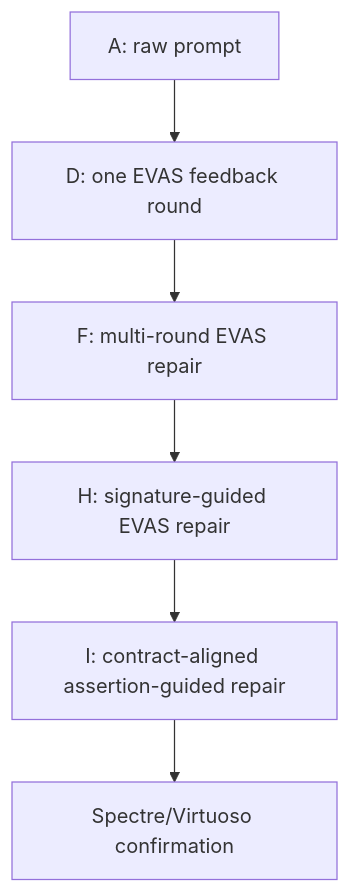
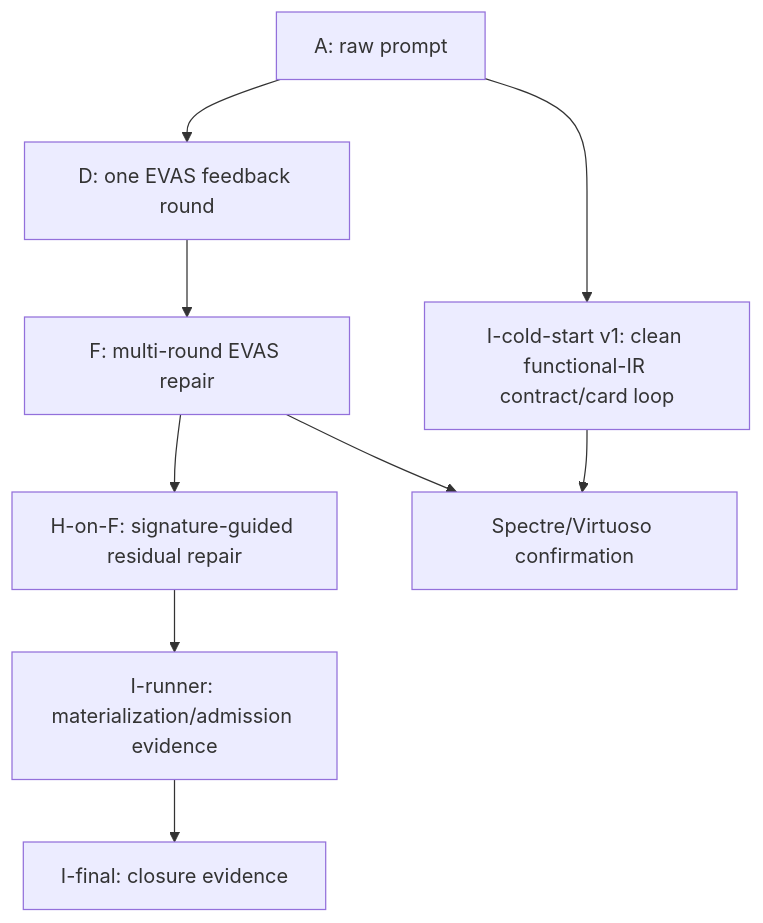
The second of 4 diagrams in docs/paper/VAEVAS_PAPER_DRAFT_ZH.md (Start-Ten/vaEvas-coordination), drawn with Mermaid before and after one commit. The commit also changed other lines of this file and 97 other files, not shown here.

````diff
--- a/docs/paper/VAEVAS_PAPER_DRAFT_ZH.md
+++ b/docs/paper/VAEVAS_PAPER_DRAFT_ZH.md
@@ -438,8 +636,11 @@
 ```mermaid
 flowchart TB
   A[A: raw prompt] --> D[D: one EVAS feedback round]
   D --> F[F: multi-round EVAS repair]
-  F --> H[H: signature-guided EVAS repair]
-  H --> I[I: contract-aligned assertion-guided repair]
-  I --> SP[Spectre/Virtuoso confirmation]
+  F --> H[H-on-F: signature-guided residual repair]
+  A --> IC[I-cold-start v1: clean functional-IR contract/card loop]
+  H --> IR[I-runner: materialization/admission evidence]
+  IR --> IF[I-final: closure evidence]
+  F --> SP[Spectre/Virtuoso confirmation]
+  IC --> SP
 ```
````
